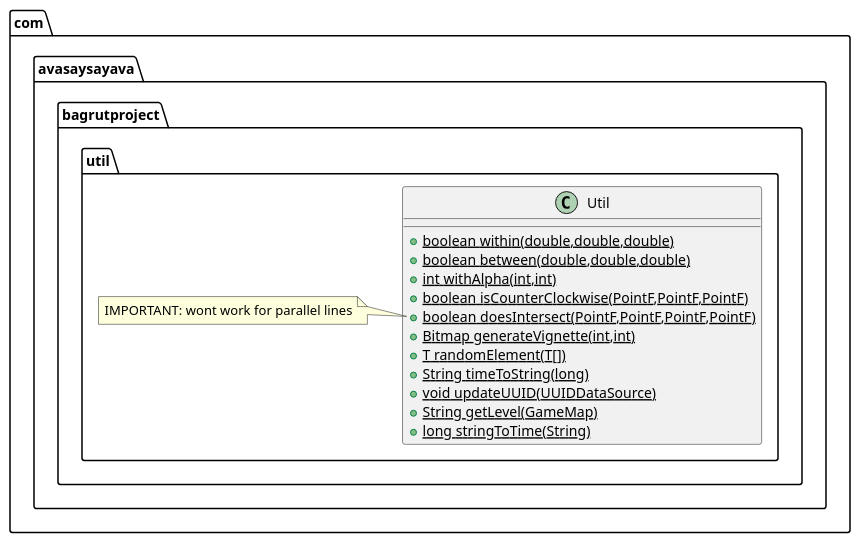
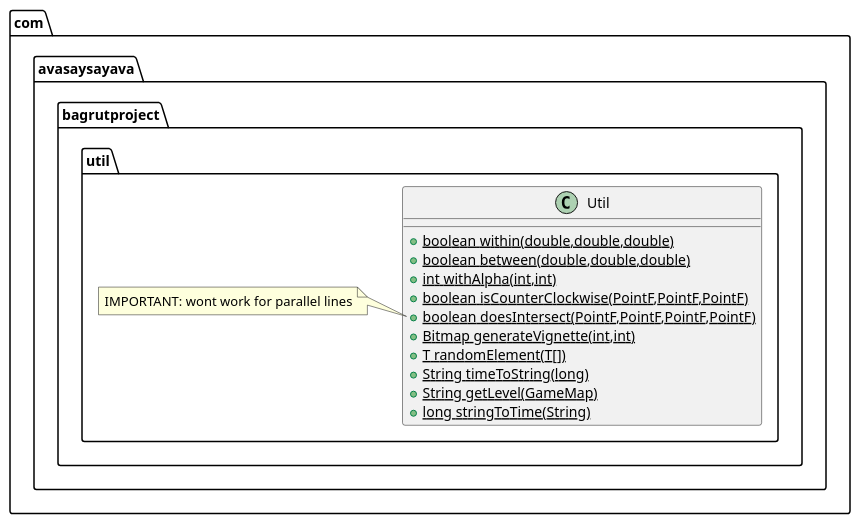
The diagram in ProjectApp/app/src/main/java/com/avasaysayava/bagrutproject/util/Util.puml (Avasay-Sayava/BagrutProject), drawn with PlantUML before and after one commit. The commit also changed 7 other files, not shown here.

```diff
--- a/ProjectApp/app/src/main/java/com/avasaysayava/bagrutproject/util/Util.puml
+++ b/ProjectApp/app/src/main/java/com/avasaysayava/bagrutproject/util/Util.puml
@@ -1,19 +1,18 @@
 @startuml
 class com.avasaysayava.bagrutproject.util.Util {
 + {static} boolean within(double,double,double)
 + {static} boolean between(double,double,double)
 + {static} int withAlpha(int,int)
 + {static} boolean isCounterClockwise(PointF,PointF,PointF)
 + {static} boolean doesIntersect(PointF,PointF,PointF,PointF)
 + {static} Bitmap generateVignette(int,int)
 + {static} T randomElement(T[])
 + {static} String timeToString(long)
-+ {static} void updateUUID(UUIDDataSource)
 + {static} String getLevel(GameMap)
 + {static} long stringToTime(String)
 }
 note left of com.avasaysayava.bagrutproject.util.Util::doesIntersect(PointF,PointF,PointF,PointF)
  IMPORTANT: wont work for parallel lines
 end note
 
 @enduml
```
